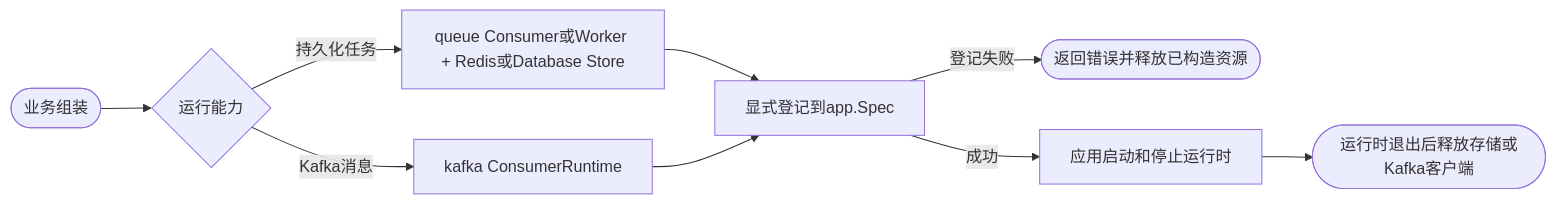
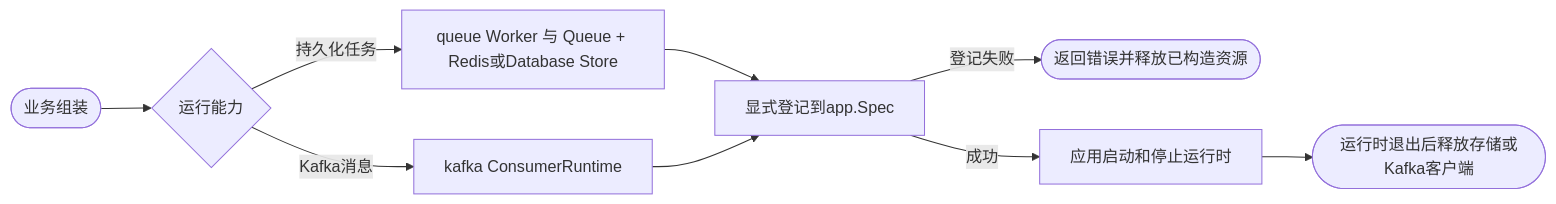
The third of 3 diagrams in README.md (jaggerzhuang1994/kratos-foundation), drawn with Mermaid before and after one commit. The commit also changed other lines of this file and 51 other files, not shown here.

````diff
--- a/README.md
+++ b/README.md
@@ -157,11 +157,11 @@
 ```mermaid
 flowchart LR
     A([业务组装]) --> B{运行能力}
-    B -->|持久化任务| C[queue Consumer或Worker + Redis或Database Store]
+    B -->|持久化任务| C[queue Worker 与 Queue + Redis或Database Store]
     B -->|Kafka消息| D[kafka ConsumerRuntime]
     C --> E[显式登记到app.Spec]
     D --> E
     E -- 登记失败 --> F([返回错误并释放已构造资源])
     E -- 成功 --> G[应用启动和停止运行时]
     G --> H([运行时退出后释放存储或Kafka客户端])
 ```
````
